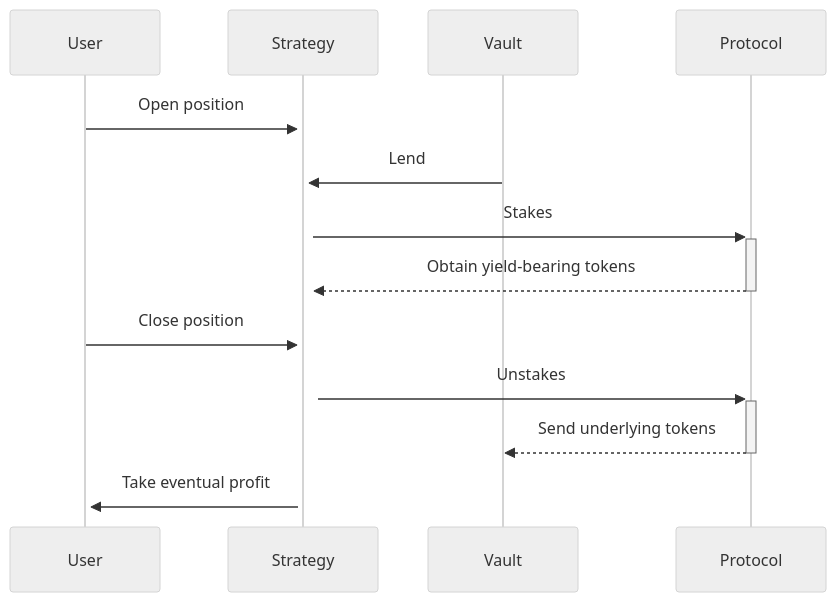
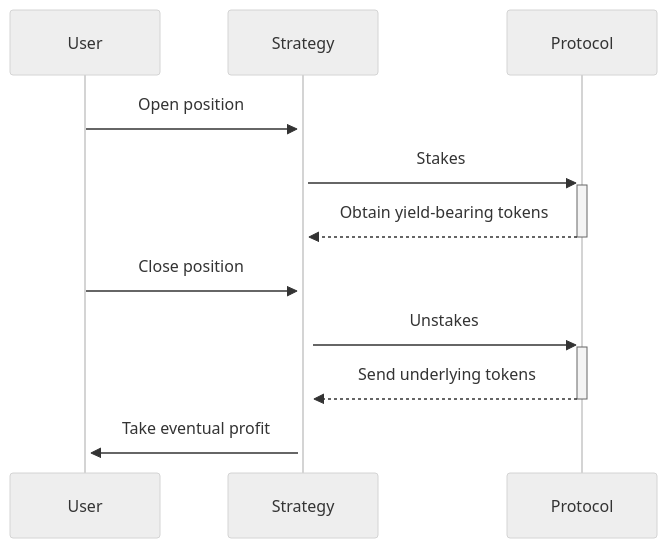
One commit to Ithil-protocol/docs changed the diagram in docs/strategies/leveraged-staking.md. Above: the diagram before and after it, drawn with Mermaid (neutral theme). The commit also changed 3 other files, not shown here.

````diff
--- a/docs/strategies/leveraged-staking.md
+++ b/docs/strategies/leveraged-staking.md
@@ -12,11 +12,10 @@
 ```mermaid
 sequenceDiagram
     User->>+Strategy: Open position
-    Vault->>+Strategy: Lend
     Strategy->>+Protocol: Stakes
     Protocol-->>-Strategy: Obtain yield-bearing tokens
     User->>+Strategy: Close position
     Strategy->>+Protocol: Unstakes
-    Protocol-->>-Vault: Send underlying tokens
+    Protocol-->>-Strategy: Send underlying tokens
     Strategy->>+User: Take eventual profit
 ```
````
